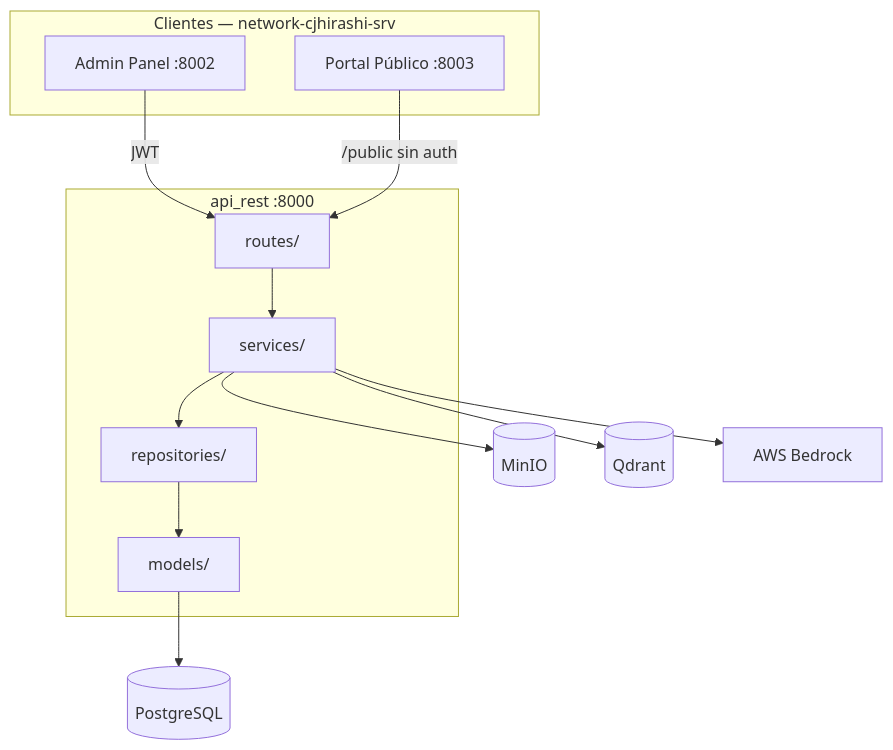
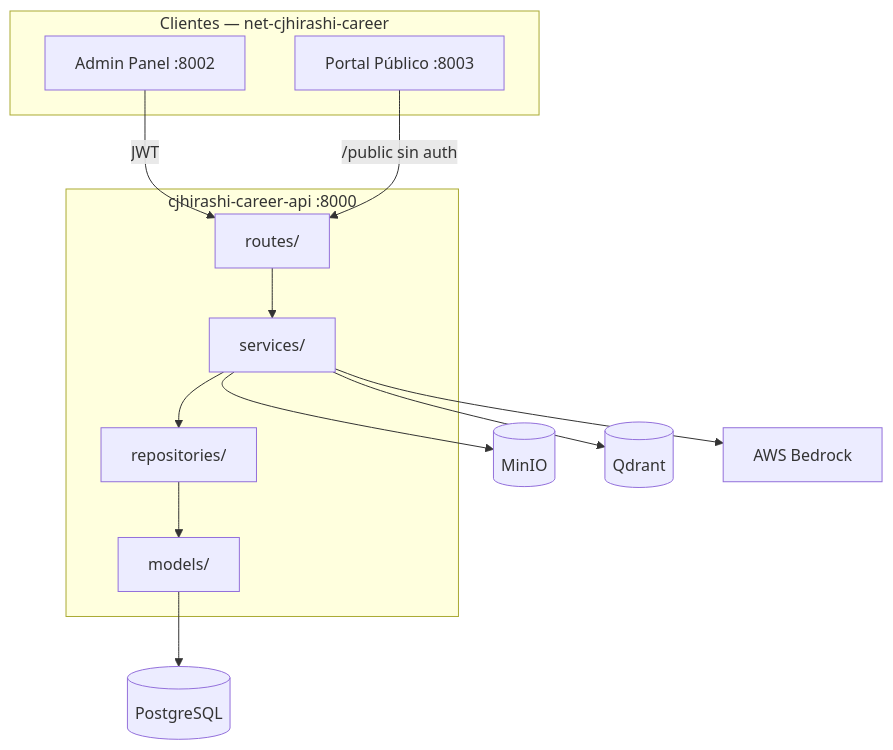
Before and after one commit to cjhirashi/cjhirashi-career: the diagram in cjhirashi-career-api/README.md, drawn with Mermaid.

Commit message:
docs(api): corregir diagrama del README (red net-cjhirashi-career y servicio cjhirashi-career-api)

````diff
--- a/cjhirashi-career-api/README.md
+++ b/cjhirashi-career-api/README.md
@@ -12,27 +12,27 @@
 ```mermaid
 flowchart TB
-    subgraph Clientes["Clientes — network-cjhirashi-srv"]
+    subgraph Clientes["Clientes — net-cjhirashi-career"]
         Admin[Admin Panel :8002]
         Portal[Portal Público :8003]
     end
 
-    subgraph API["api_rest :8000"]
+    subgraph API["cjhirashi-career-api :8000"]
         Routes[routes/]
         Services[services/]
         Repos[repositories/]
         Models[models/]
         Routes --> Services --> Repos --> Models
     end
 
     PG[(PostgreSQL)]
     MinIO[(MinIO)]
     Qdrant[(Qdrant)]
     AWS[AWS Bedrock]
 
     Admin -->|JWT| Routes
     Portal -->|/public sin auth| Routes
     Models --> PG
     Services --> MinIO
     Services --> Qdrant
     Services --> AWS
 ```
````
